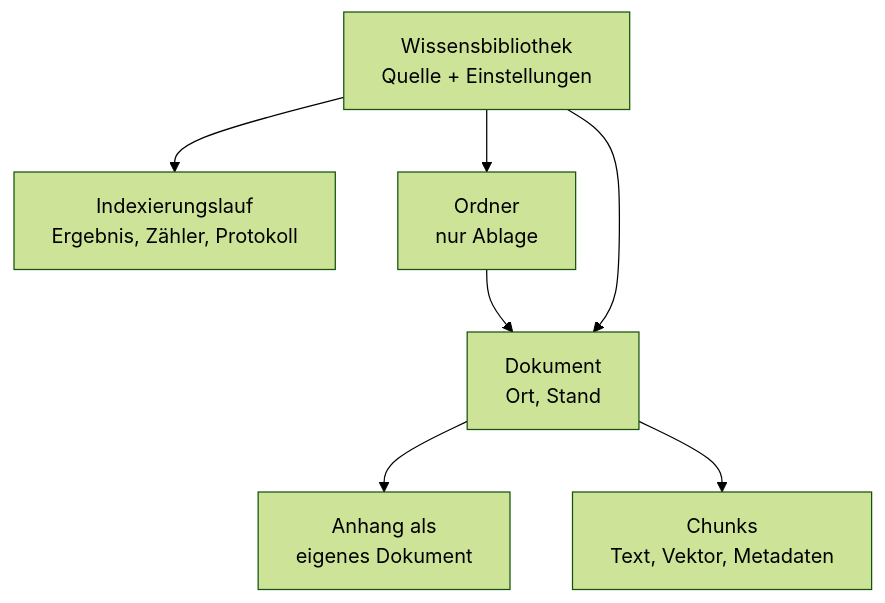
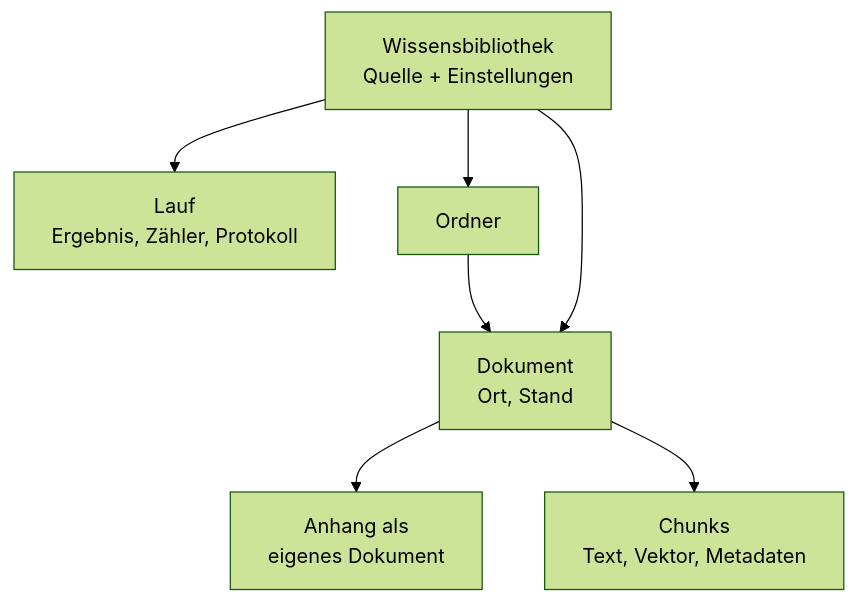
One commit to criew/opaa changed the second of 6 diagrams in docs/handbuch/wissensbibliotheken.md. Above: the diagram before and after it, drawn with Mermaid (forest theme). The commit also changed other lines of this file and 7 other files, not shown here.

````diff
--- a/docs/handbuch/wissensbibliotheken.md
+++ b/docs/handbuch/wissensbibliotheken.md
@@ -85,9 +81,9 @@
 ```mermaid
 flowchart TB
-    B[Wissensbibliothek<br/>Quelle + Einstellungen] --> L[Indexierungslauf<br/>Ergebnis, Zähler, Protokoll]
-    B --> F[Ordner<br/>nur Ablage]
+    B[Wissensbibliothek<br/>Quelle + Einstellungen] --> L[Lauf<br/>Ergebnis, Zähler, Protokoll]
+    B --> F[Ordner]
     F --> D
     B --> D[Dokument<br/>Ort, Stand]
     D --> D2[Anhang als<br/>eigenes Dokument]
     D --> K[Chunks<br/>Text, Vektor, Metadaten]
 ```
````
